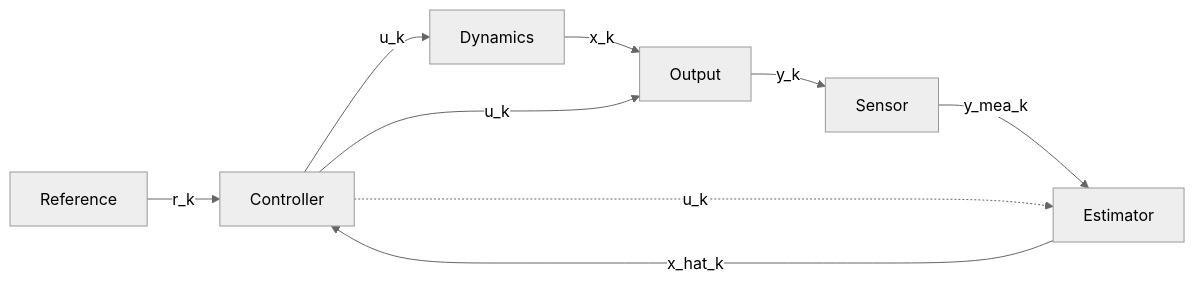
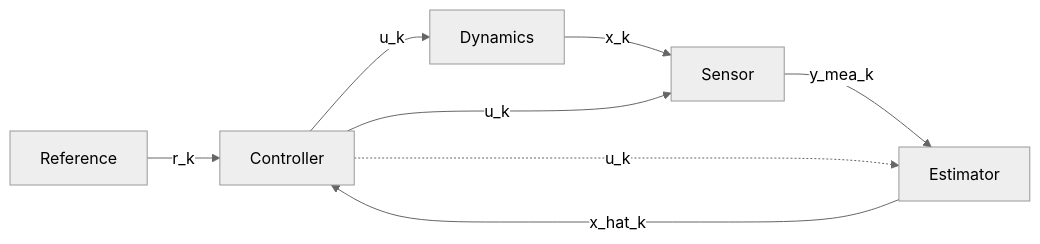
The diagram in README.md (maxi-fr/simulate), drawn with Mermaid (neutral theme) before and after one commit. The commit also changed other lines of this file and 23 other files, not shown here.

````diff
--- a/README.md
+++ b/README.md
@@ -196,19 +196,17 @@
 ```mermaid
 graph LR
     %% Forward path (Left to Right)
     Ref[Reference] -->|r_k| C[Controller]
     C -->|u_k| D[Dynamics]
-    D -->|x_k| O[Output]
-    C -->|u_k| O
+    D -->|x_k| S[Sensor]
+    C -->|u_k| S
 
     %% Feedback path (Right to Left, underneath)
-    O -->|y_k| S[Sensor]
     S -->|y_mea_k| E[Estimator]
     E -->|x_hat_k| C
 
     C -.->|u_k| E
 
     %% Invisible links to force vertical alignment into columns
     C ~~~ E
-    D ~~~ S
 ```
````
